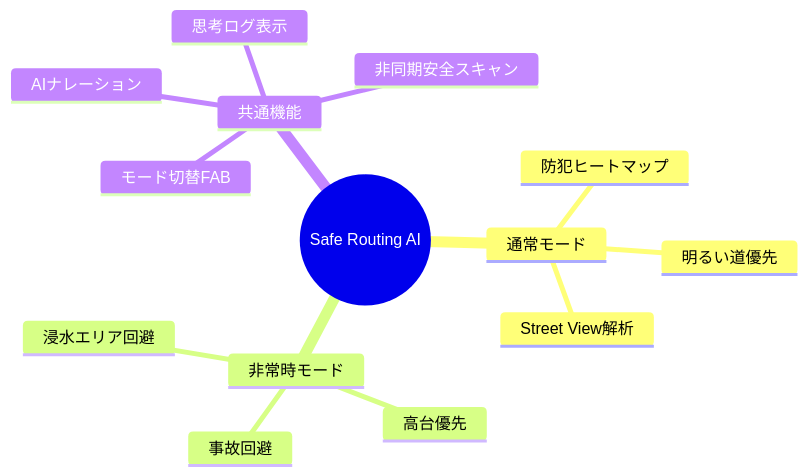
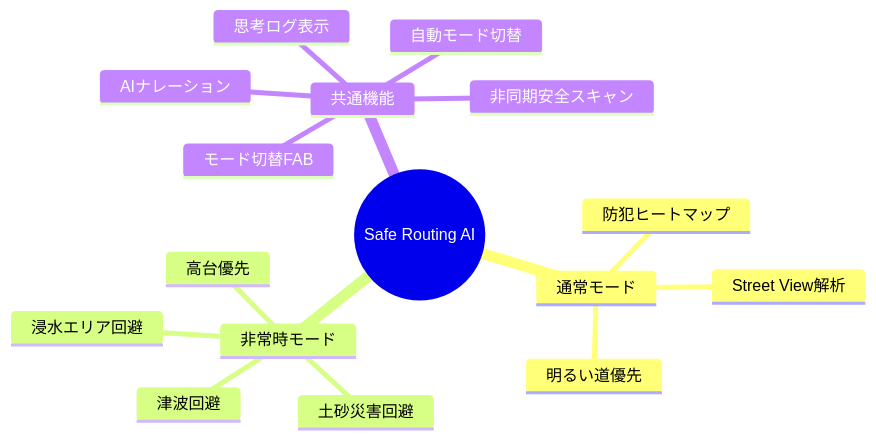
Before and after one commit to Ryg-appdev/safe-routing-ai-navigation: the diagram in Docs/確定/diagrams/01_機能一覧.md, drawn with Mermaid. The commit also changed 12 other files, not shown here.

````diff
--- a/Docs/確定/diagrams/01_機能一覧.md
+++ b/Docs/確定/diagrams/01_機能一覧.md
@@ -3,17 +3,19 @@
 ```mermaid
 mindmap
   root((Safe Routing AI))
     通常モード
       防犯ヒートマップ
       Street View解析
       明るい道優先
     非常時モード
       浸水エリア回避
-      事故回避
+      土砂災害回避
+      津波回避
       高台優先
     共通機能
       モード切替FAB
+      自動モード切替
       AIナレーション
       思考ログ表示
       非同期安全スキャン
 ```
````
